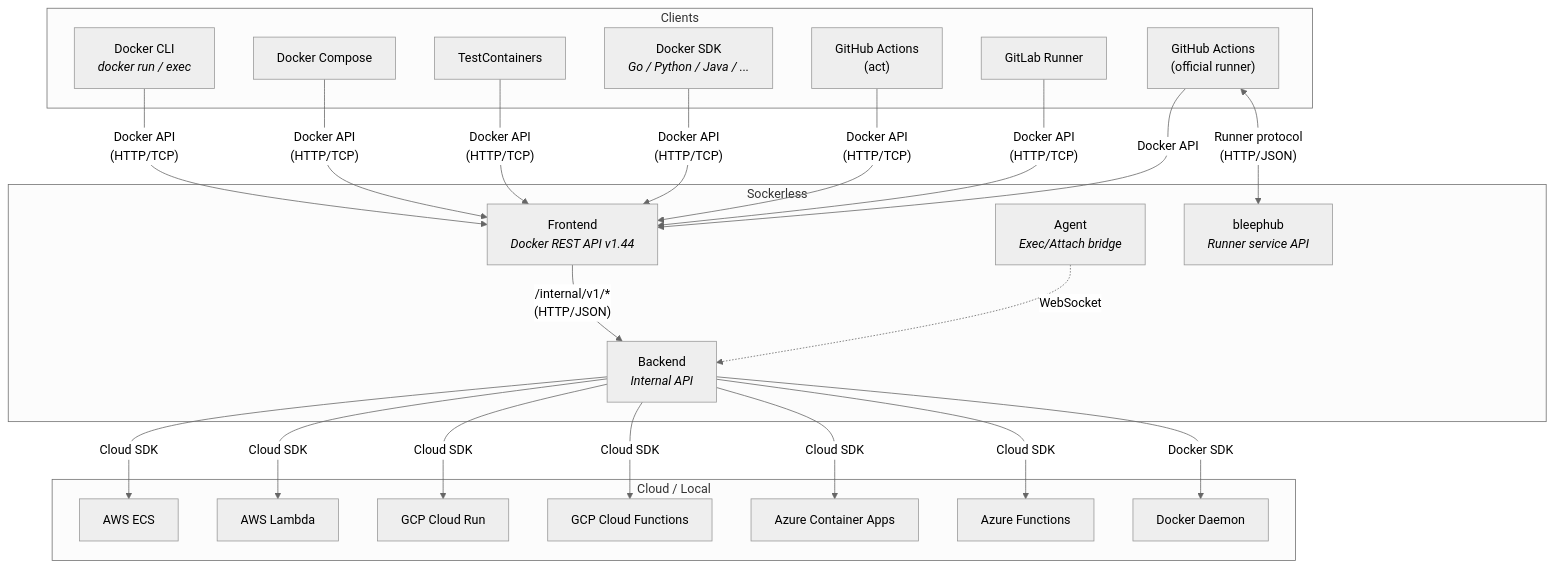
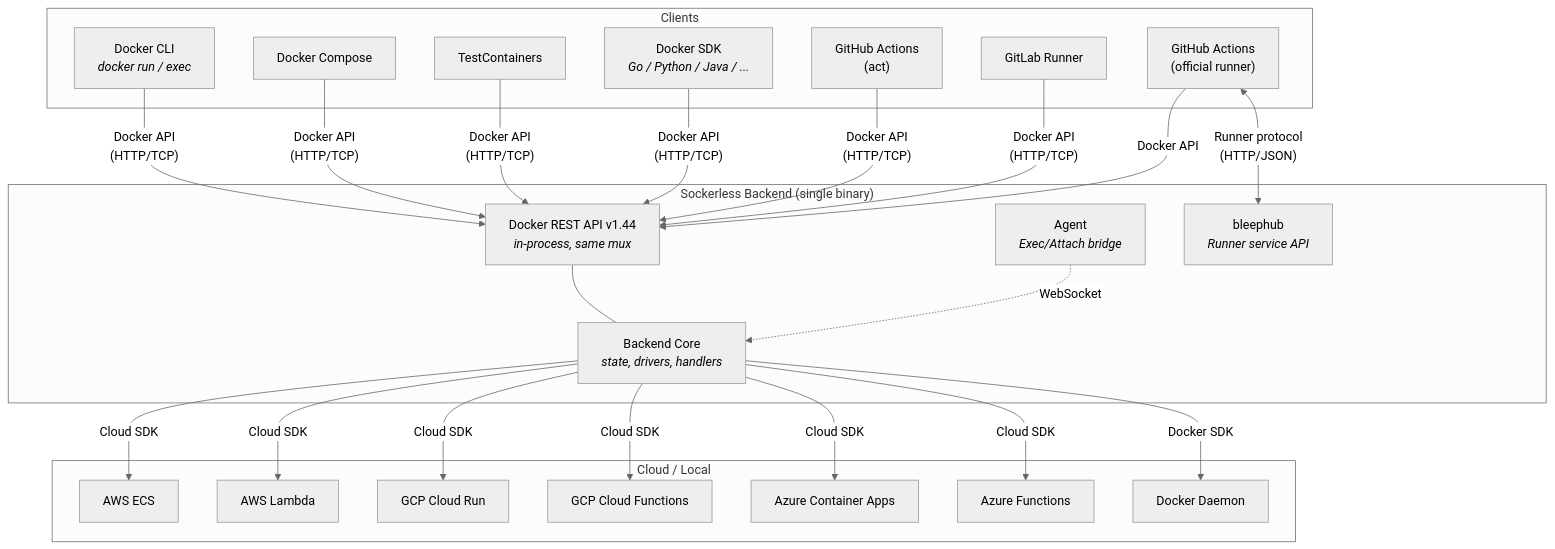
One commit to e6qu/sockerless changed the first of 19 diagrams in ARCHITECTURE.md. Above: the diagram before and after it, drawn with Mermaid (neutral theme). The commit also changed other lines of this file and 93 other files, not shown here.

````diff
--- a/ARCHITECTURE.md
+++ b/ARCHITECTURE.md
@@ -9,37 +9,37 @@
 ```mermaid
 graph TB
     subgraph Clients
         CLI["Docker CLI<br/><i>docker run / exec</i>"]
         COMPOSE["Docker Compose"]
         TC["TestContainers"]
         SDK["Docker SDK<br/><i>Go / Python / Java / ...</i>"]
         ACT["GitHub Actions<br/>(act)"]
         GHR["GitHub Actions<br/>(official runner)"]
         GLR["GitLab Runner"]
     end
 
-    subgraph Sockerless
-        FE["Frontend<br/><i>Docker REST API v1.44</i>"]
-        BE["Backend<br/><i>Internal API</i>"]
+    subgraph "Sockerless Backend (single binary)"
+        DOCKER_API["Docker REST API v1.44<br/><i>in-process, same mux</i>"]
+        CORE["Backend Core<br/><i>state, drivers, handlers</i>"]
         AG["Agent<br/><i>Exec/Attach bridge</i>"]
         BPH["bleephub<br/><i>Runner service API</i>"]
     end
 
     subgraph "Cloud / Local"
         ECS["AWS ECS"]
         LAM["AWS Lambda"]
         CR["GCP Cloud Run"]
         GCF["GCP Cloud Functions"]
         ACA["Azure Container Apps"]
         AZF["Azure Functions"]
         DOCK["Docker Daemon"]
     end
 
-    CLI & COMPOSE & TC & SDK & ACT & GLR -->|"Docker API<br/>(HTTP/TCP)"| FE
-    GHR -->|"Docker API"| FE
+    CLI & COMPOSE & TC & SDK & ACT & GLR -->|"Docker API<br/>(HTTP/TCP)"| DOCKER_API
+    GHR -->|"Docker API"| DOCKER_API
     GHR <-->|"Runner protocol<br/>(HTTP/JSON)"| BPH
-    FE -->|"/internal/v1/*<br/>(HTTP/JSON)"| BE
-    BE -->|"Cloud SDK"| ECS & LAM & CR & GCF & ACA & AZF
-    BE -->|"Docker SDK"| DOCK
-    AG -.->|"WebSocket"| BE
+    DOCKER_API --- CORE
+    CORE -->|"Cloud SDK"| ECS & LAM & CR & GCF & ACA & AZF
+    CORE -->|"Docker SDK"| DOCK
+    AG -.->|"WebSocket"| CORE
 ```
````
